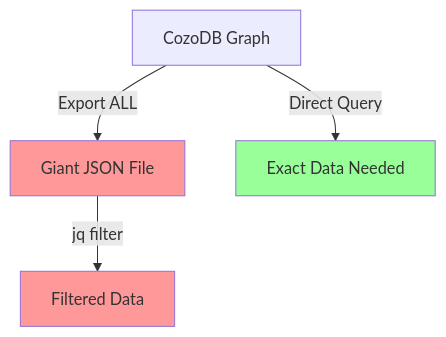
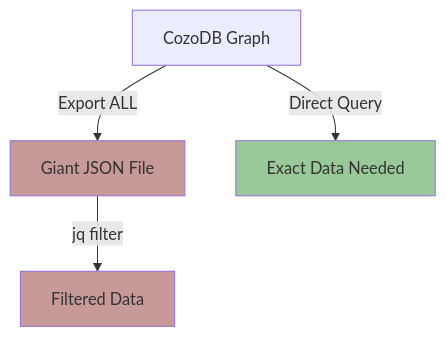
The third of 3 diagrams in .claude/agents/parseltongue-ultrathink-isg-explorer.md (that-in-rust/parseltongue), drawn with Mermaid before and after one commit. The commit also changed other lines of this file and 3 other files, not shown here.

````diff
--- a/.claude/agents/parseltongue-ultrathink-isg-explorer.md
+++ b/.claude/agents/parseltongue-ultrathink-isg-explorer.md
@@ -589,11 +468,11 @@
   ```mermaid
   graph TD
       DB[CozoDB Graph] -->|Export ALL| JSON[Giant JSON File]
       JSON -->|jq filter| SUBSET[Filtered Data]
 
-      style JSON fill:#ff9999
-      style SUBSET fill:#ff9999
+      style JSON fill:#C89999
+      style SUBSET fill:#C89999
 
       DB -->|Direct Query| RESULT[Exact Data Needed]
-      style RESULT fill:#99ff99
+      style RESULT fill:#99C899
   ```
````
